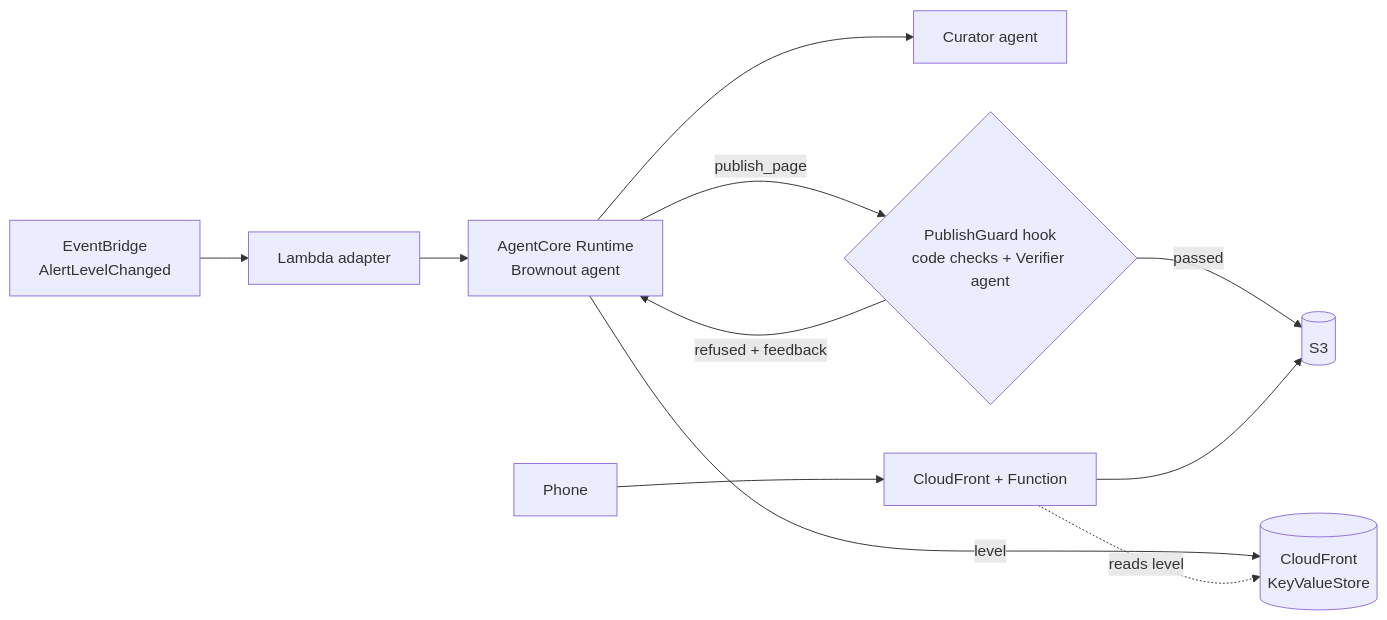
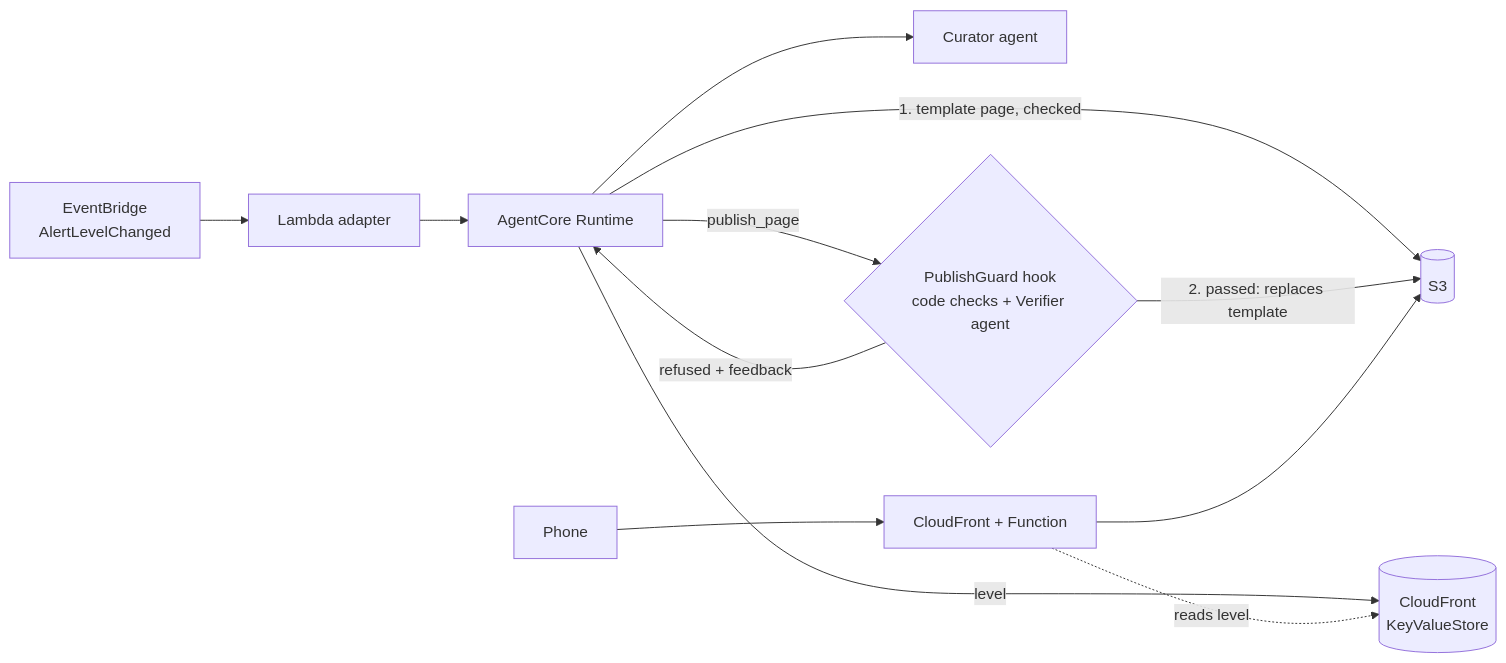
Before and after one commit to ikenyal/brownout: the diagram in README.md, drawn with Mermaid. The commit also changed other lines of this file and 4 other files, not shown here.

Commit message:
Publish the template page first; the agent may only replace it

````diff
--- a/README.md
+++ b/README.md
@@ -48,12 +48,13 @@
 ```mermaid
 flowchart LR
   EB[EventBridge<br/>AlertLevelChanged] --> L[Lambda adapter]
-  L --> RT[AgentCore Runtime<br/>Brownout agent]
+  L --> RT[AgentCore Runtime]
+  RT -->|1. template page, checked| S3
   RT --> C[Curator agent]
   RT -->|publish_page| G{PublishGuard hook<br/>code checks + Verifier agent}
   G -->|refused + feedback| RT
-  G -->|passed| S3[(S3)]
+  G -->|2. passed: replaces template| S3[(S3)]
   RT -->|level| KVS[(CloudFront<br/>KeyValueStore)]
   U[Phone] --> CF[CloudFront + Function] --> S3
   CF -.reads level.-> KVS
 ```
````
